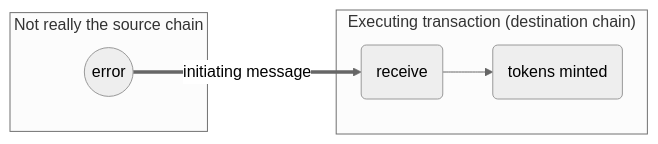
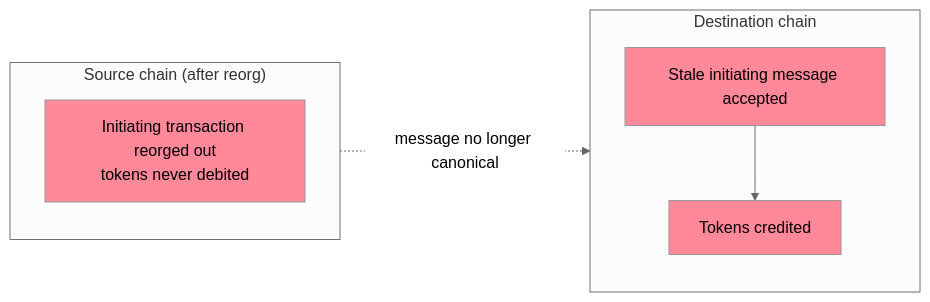
Before and after one commit to okx/optimism: the second of 4 diagrams in docs/public-docs/op-stack/interop/reorg.mdx, drawn with Mermaid (neutral theme). The commit also changed other lines of this file and 1 other file, not shown here.

````diff
--- a/docs/public-docs/op-stack/interop/reorg.mdx
+++ b/docs/public-docs/op-stack/interop/reorg.mdx
@@ -31,11 +46,21 @@
   ```mermaid
 
-  flowchart LR 
-      subgraph init ["Not really the source chain"]
-          err((error))
+  flowchart LR
+      classDef bad fill:#F89
+
+      subgraph src["Source chain (after reorg)"]
+          direction TB
+          gone["Initiating transaction reorged out<br/>tokens never debited"]
       end
-      subgraph exec ["Executing transaction (destination chain)"]
-          err==initiating message==>receive(receive)
-          receive-->mint(tokens minted)
+
+      subgraph dst["Destination chain"]
+          direction TB
+          receive["Stale initiating message accepted"]
+          credit["Tokens credited"]
+          receive --> credit
       end
+
+      gone -.->|message no longer canonical|receive
+
+      class gone,receive,credit bad
   ```
````
